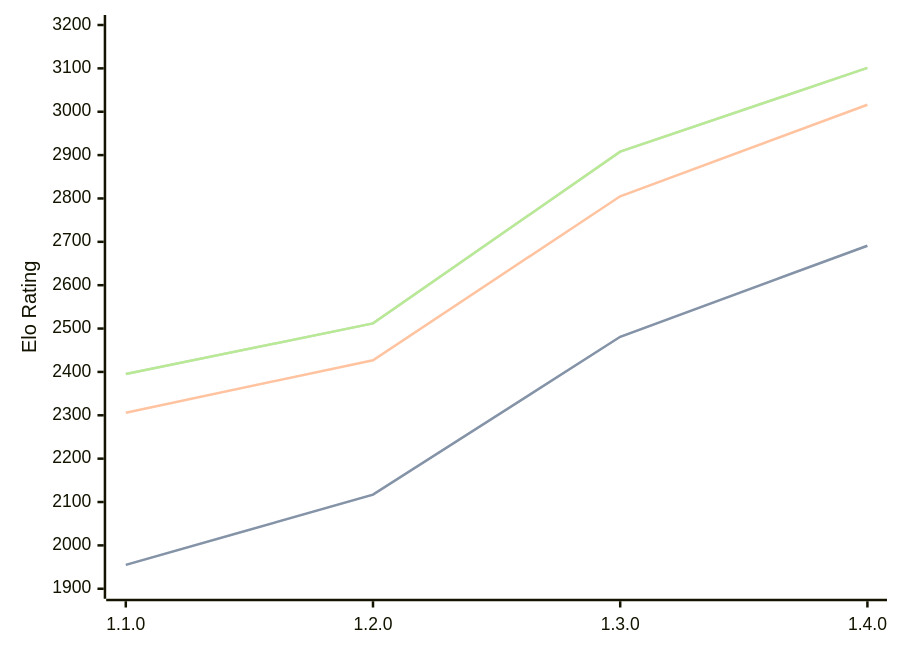
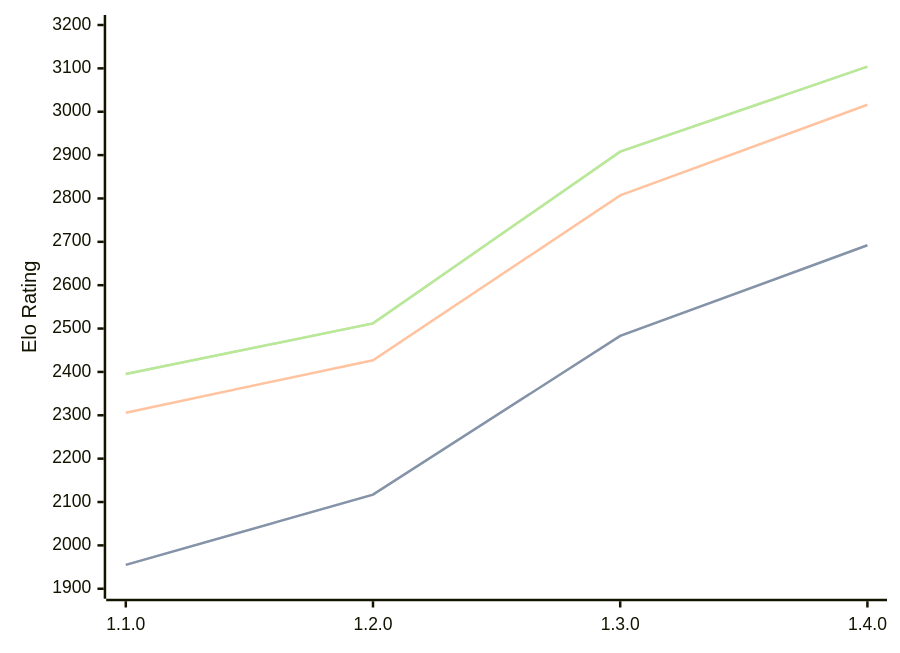
One commit to computer-chess-index/cci changed the first of 3 diagrams in engines/Gyatso.md. Above: the diagram before and after it, drawn with Mermaid. The commit also changed other lines of this file, not shown here.

Commit message:
Update CCI Ratings (ELO VLTC) - 2026-06-23

````diff
--- a/engines/Gyatso.md
+++ b/engines/Gyatso.md
@@ -35,11 +35,11 @@
 ```mermaid
 %%{init: {"theme":"base","themeVariables":{"seriesColors:['#a3a3a3','#222221','#faa371']}}}%%
 xychart-beta
   x-axis ["1.1.0", "1.2.0", "1.3.0", "1.4.0"]
   y-axis "Elo Rating" 1900 --> 3200
-  line "STC (8.0+0.08s)" [1955, 2117, 2481, 2691]
-  line "STC (8.0+0.08s)" [1955, 2117, 2481, 2691]
-  line "LTC (60.0+0.60s)" [2306, 2427, 2805, 3016]
-  line "VLTC (2m24s+1.12s)" [2395, 2512, 2908, 3101]
-  line "VLTC (2m24s+1.12s)" [2395, 2512, 2908, 3101]
+  line "STC (8.0+0.08s)" [1955, 2117, 2483, 2692]
+  line "STC (8.0+0.08s)" [1955, 2117, 2483, 2692]
+  line "LTC (60.0+0.60s)" [2306, 2427, 2807, 3016]
+  line "VLTC (2m24s+1.12s)" [2395, 2512, 2908, 3104]
+  line "VLTC (2m24s+1.12s)" [2395, 2512, 2908, 3104]
 ```
````
